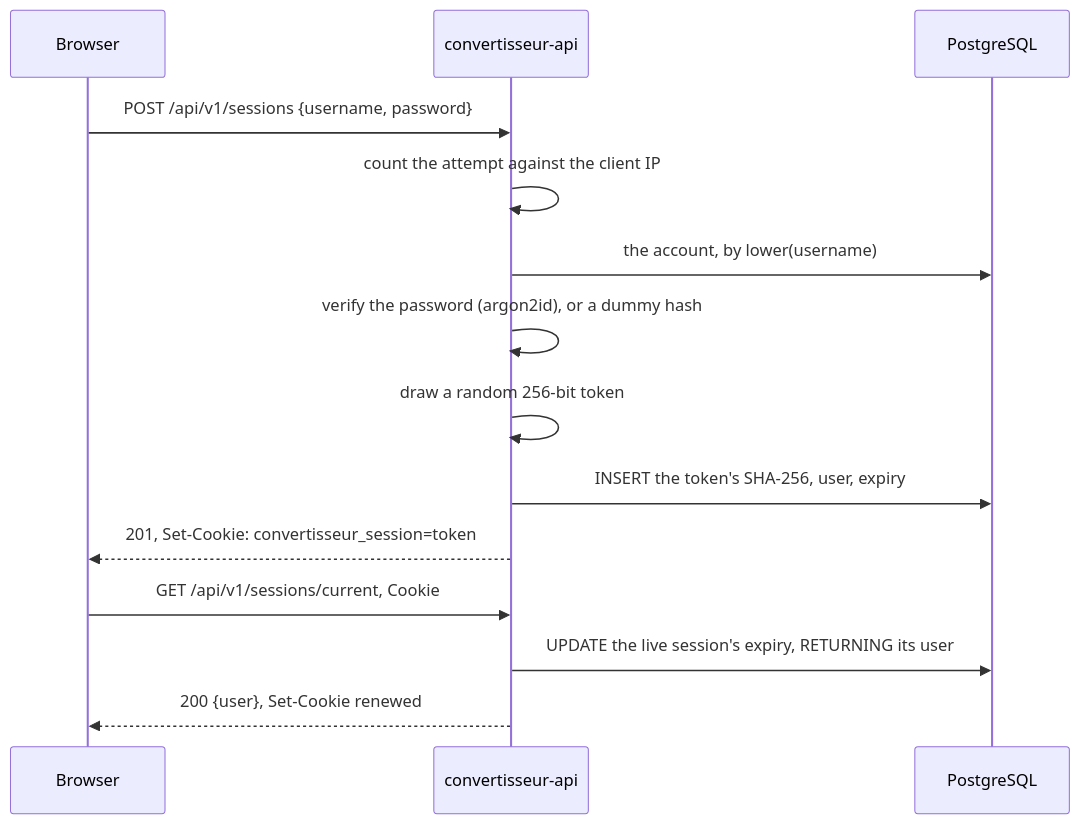
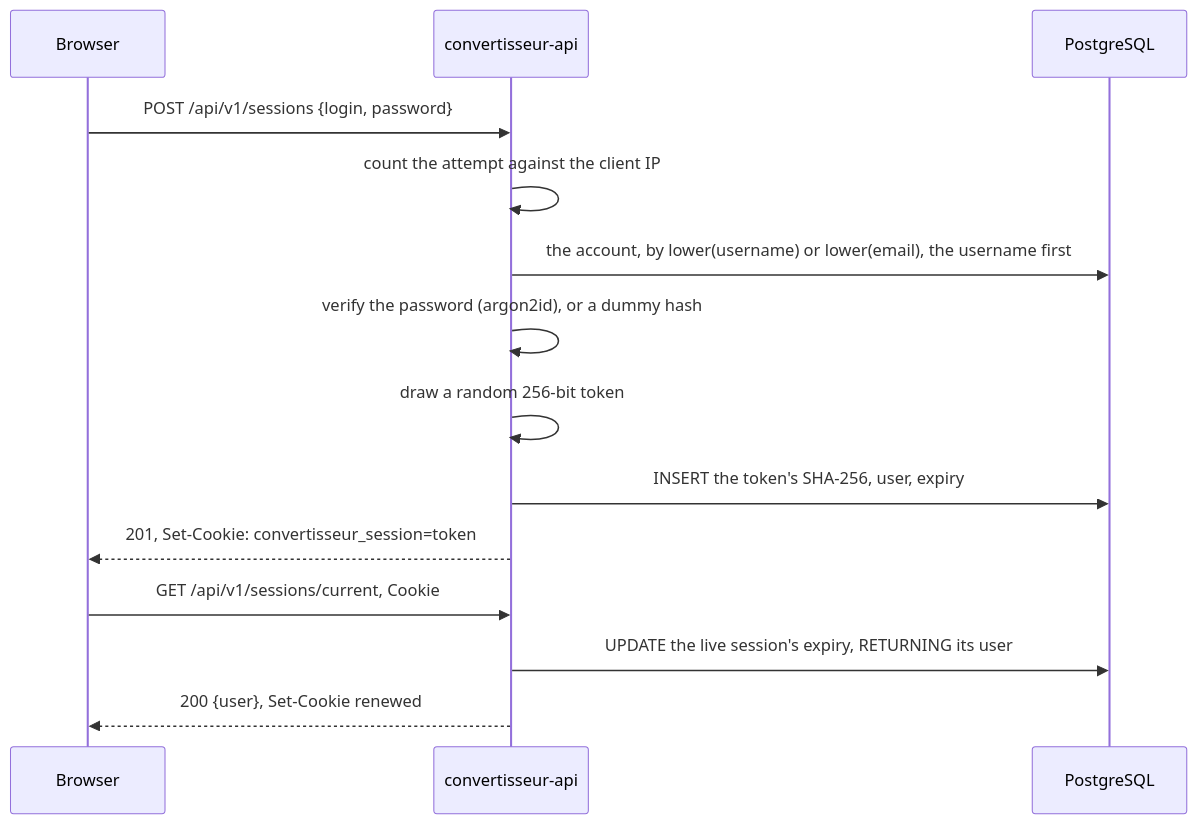
One commit to therealm-tech/convertisseur changed the fifth of 7 diagrams in ARCHITECTURE.md. Above: the diagram before and after it, drawn with Mermaid. The commit also changed other lines of this file and 41 other files, not shown here.

First line of the commit message:
log in with a username or an email (#31)

````diff
--- a/ARCHITECTURE.md
+++ b/ARCHITECTURE.md
@@ -617,16 +622,16 @@
 ```mermaid
 sequenceDiagram
     participant B as Browser
     participant S as convertisseur-api
     participant P as PostgreSQL
-    B->>S: POST /api/v1/sessions {username, password}
+    B->>S: POST /api/v1/sessions {login, password}
     S->>S: count the attempt against the client IP
-    S->>P: the account, by lower(username)
+    S->>P: the account, by lower(username) or lower(email), the username first
     S->>S: verify the password (argon2id), or a dummy hash
     S->>S: draw a random 256-bit token
     S->>P: INSERT the token's SHA-256, user, expiry
     S-->>B: 201, Set-Cookie: convertisseur_session=token
     B->>S: GET /api/v1/sessions/current, Cookie
     S->>P: UPDATE the live session's expiry, RETURNING its user
     S-->>B: 200 {user}, Set-Cookie renewed
 ```
````
